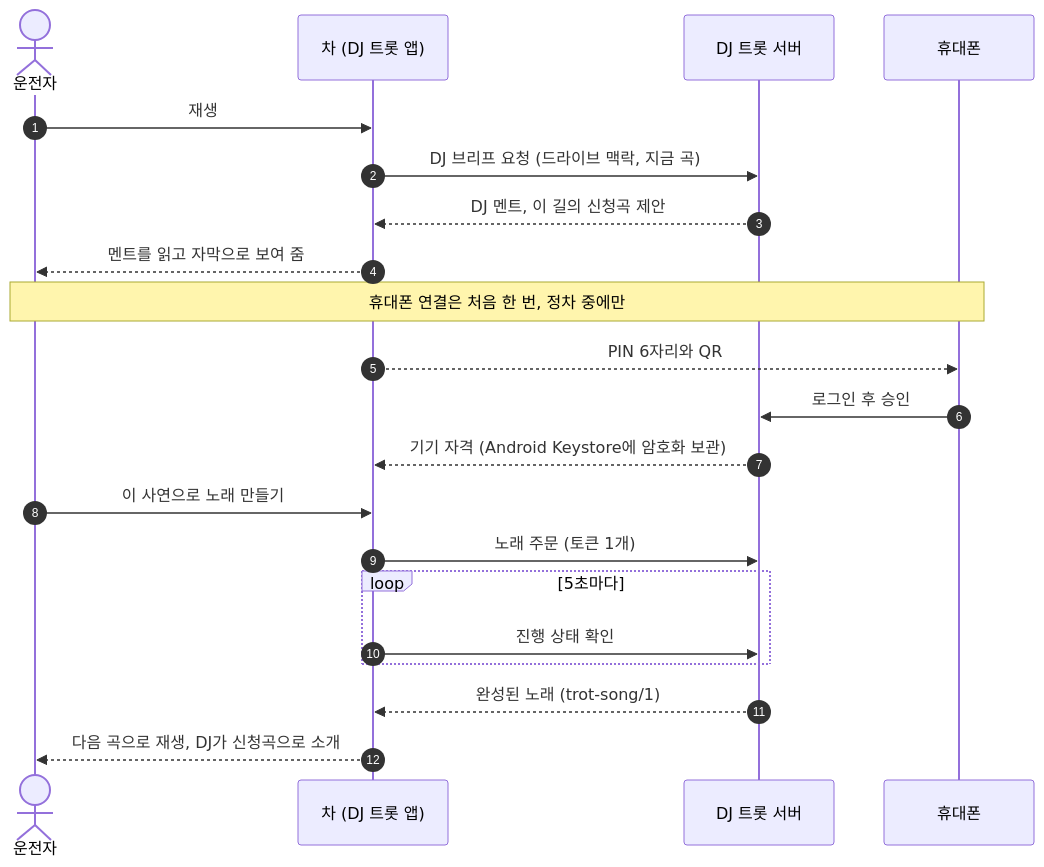
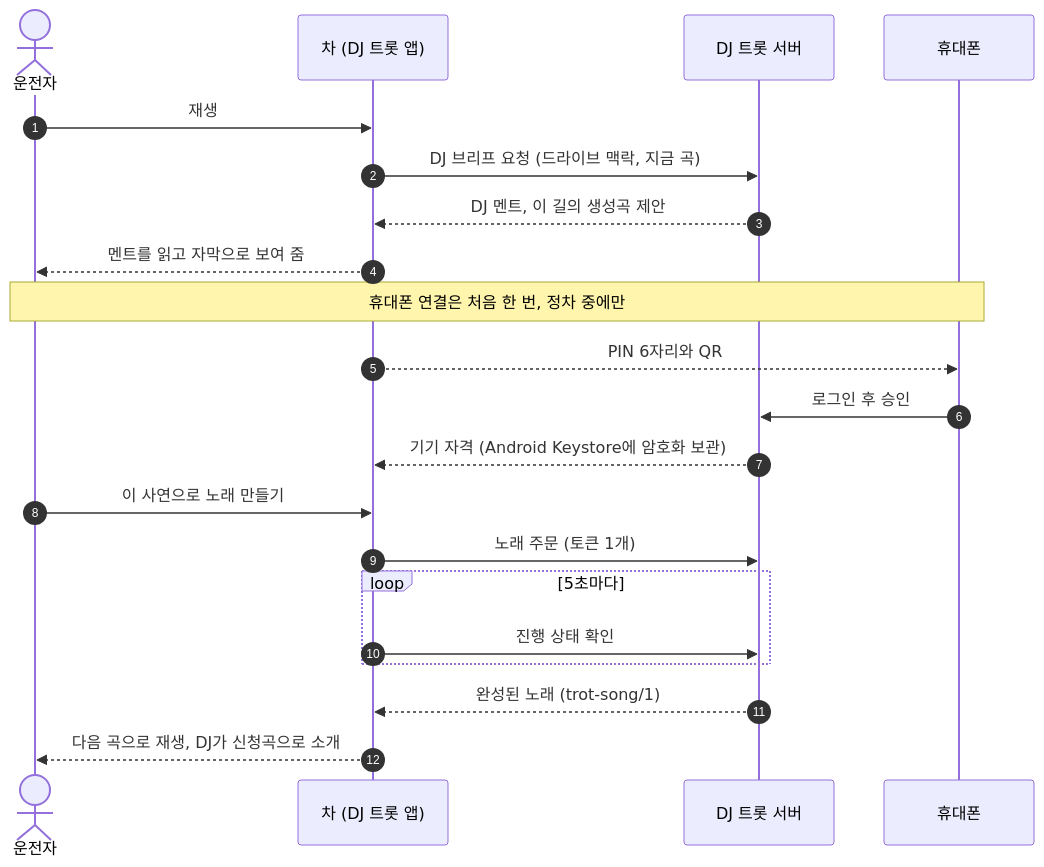
Before and after one commit to reopt-ai/dj-trot: the diagram in README.md, drawn with Mermaid. The commit also changed other lines of this file and 2 other files, not shown here.

````diff
--- a/README.md
+++ b/README.md
@@ -28,26 +28,26 @@
 ```mermaid
 sequenceDiagram
     autonumber
     actor Driver as 운전자
     participant Car as 차 (DJ 트롯 앱)
     participant Server as DJ 트롯 서버
     participant Phone as 휴대폰
 
     Driver->>Car: 재생
     Car->>Server: DJ 브리프 요청 (드라이브 맥락, 지금 곡)
-    Server-->>Car: DJ 멘트, 이 길의 신청곡 제안
+    Server-->>Car: DJ 멘트, 이 길의 생성곡 제안
     Car-->>Driver: 멘트를 읽고 자막으로 보여 줌
 
     Note over Driver,Phone: 휴대폰 연결은 처음 한 번, 정차 중에만
     Car-->>Phone: PIN 6자리와 QR
     Phone->>Server: 로그인 후 승인
     Server-->>Car: 기기 자격 (Android Keystore에 암호화 보관)
 
     Driver->>Car: 이 사연으로 노래 만들기
     Car->>Server: 노래 주문 (토큰 1개)
     loop 5초마다
         Car->>Server: 진행 상태 확인
     end
     Server-->>Car: 완성된 노래 (trot-song/1)
     Car-->>Driver: 다음 곡으로 재생, DJ가 신청곡으로 소개
 ```
````
